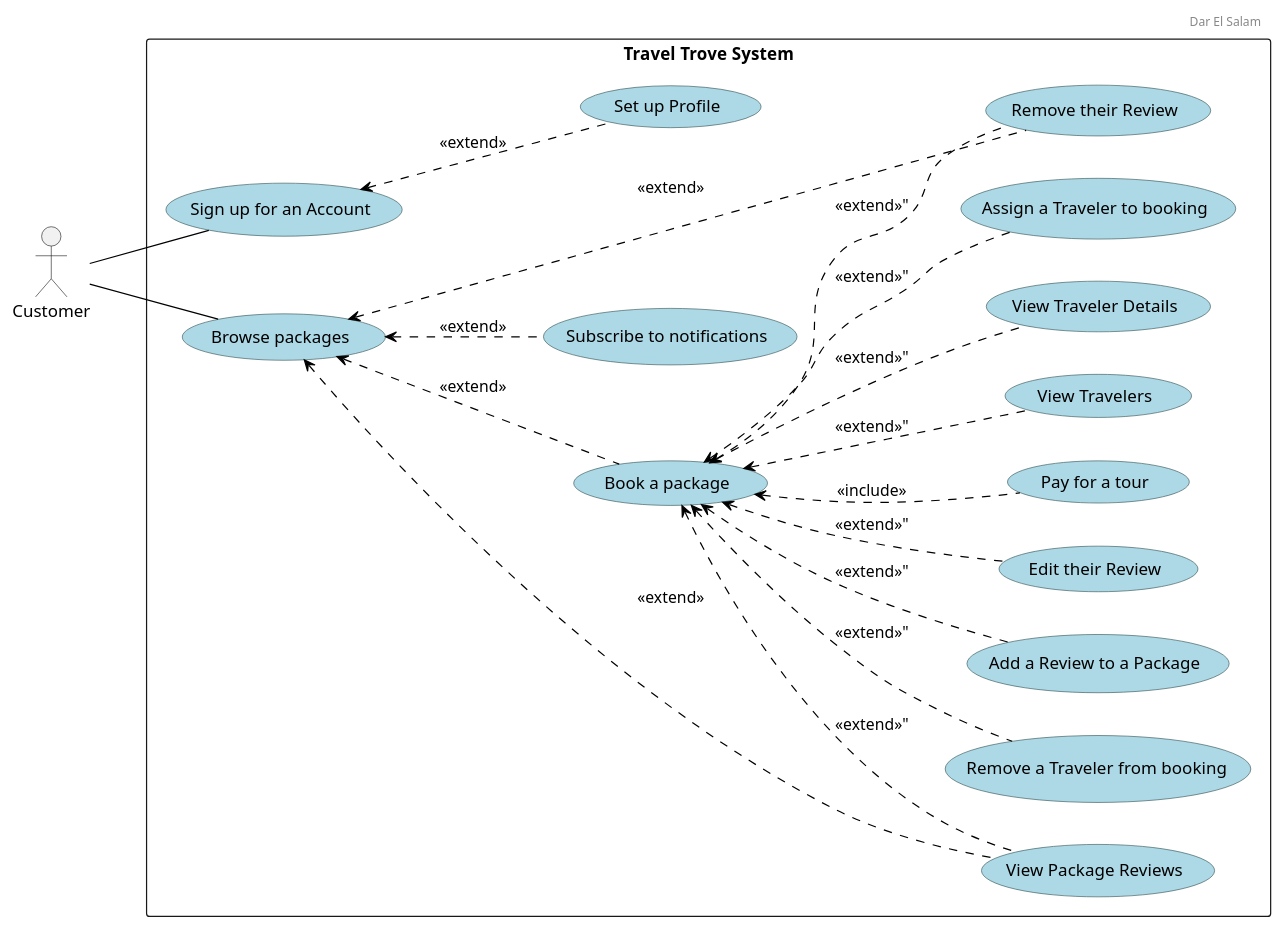
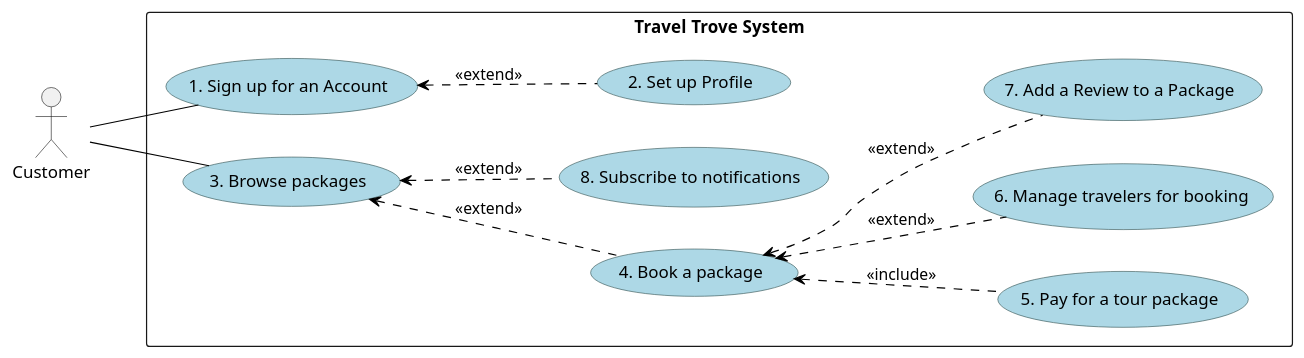
The diagram in diagrams/FinalVersionDocuments/UseCases/FullUseCases/Customer/FullUsecaseCustomer.puml (Hares-2088/TravelTrove), drawn with PlantUML before and after one commit. The commit also changed 2 other files, not shown here.

```diff
--- a/diagrams/FinalVersionDocuments/UseCases/FullUseCases/Customer/FullUsecaseCustomer.puml
+++ b/diagrams/FinalVersionDocuments/UseCases/FullUseCases/Customer/FullUsecaseCustomer.puml
@@ -1,88 +1,40 @@
 @startuml
 
 left to right direction
 
-' Add a header with left alignment
-header
-Dar El Salam
-endheader
-
-' Align the header text to the left
 skinparam headerAlignment left
 
-' Custom skin parameters for use cases
 skinparam usecase {
     BackgroundColor lightblue
     BorderColor DarkSlateGray
     ArrowColor Black
 }
 
 actor "Customer" as Customer
 
 rectangle "Travel Trove System" {
 
-    usecase "Sign up for an Account"
-    usecase "Set up Profile"
-'    usecase "View Account"
-'    usecase "Edit Account"
-'    usecase "View Profile"
-'    usecase "Modify Profile Information"
+    usecase "1. Sign up for an Account"
+    usecase "2. Set up Profile"
 
-    usecase "Browse packages"
-'    usecase "Filter search result"
-    usecase "Subscribe to notifications"
-
-    usecase "Book a package"
-    usecase "Pay for a tour"
-
-'    usecase "Cancel a tour"
-'    usecase "Request a refund"
-
-    usecase "View Travelers"
-    usecase "View Traveler Details"
-'    usecase "Add a Traveler"
-'    usecase "Edit a Traveler"
-    usecase "Assign a Traveler to booking"
-    usecase "Remove a Traveler from booking"
-
-'    usecase "Access their package bookings"
-
-    usecase "View Package Reviews"
-    usecase "Add a Review to a Package"
-    usecase "Edit their Review"
-    usecase "Remove their Review"
+    usecase "3. Browse packages"
+    usecase "4. Book a package"
+    usecase "5. Pay for a tour package"
+    usecase "6. Manage travelers for booking"
+    usecase "7. Add a Review to a Package"
+    usecase "8. Subscribe to notifications"
 }
 
-"Sign up for an Account" <.. "Set up Profile" : <<extend>>
-'"Sign up for an Account" <.. "View Account" : <<extend>>
-'"View Account" <.. "Edit Account" : <<extend>>
-"Browse packages" <.. "Book a package" : <<extend>>
-"Browse packages" <.. "Subscribe to notifications" : <<extend>>
-"Browse packages" <.. "View Package Reviews" : <<extend>>
-"Browse packages" <.. "Remove their Review" : <<extend>>
-'"Book a package" <.. "Filter search result" : <<extend>>
-"Book a package" <.. "Pay for a tour" : <<include>>
-'"Cancel a tour" <.. "Request a refund" : <<extend>>
-'"Sign up for an Account" <.. "View Profile" : <<extend>>
-'"View Profile" <.. "Modify Profile Information" : <<extend>>
-'"View Profile" <.. "Set up Profile" : <<extend>>
-'"Access their package bookings" <.. "View Travelers" : <<extend>>
-'"Access their package bookings" <.. "View Traveler Details" : <<extend>>
-'"Access their package bookings" <.. "Add a Traveler" : <<extend>>
-'"Access their package bookings" <.. "Edit a Traveler" : <<extend>>
-'"Access their package bookings" <.. "Remove a Traveler from booking" : <<extend>>
-"Book a package" <.. "View Travelers" : <<extend>>"
-"Book a package" <.. "View Traveler Details" : <<extend>>"
-"Book a package" <.. "Remove a Traveler from booking" : <<extend>>"
-"Book a package" <.. "Assign a Traveler to booking" : <<extend>>"
-"Book a package" <.. "View Package Reviews" : <<extend>>"
-"Book a package" <.. "Add a Review to a Package" : <<extend>>"
-"Book a package" <.. "Edit their Review" : <<extend>>"
-"Book a package" <.. "Remove their Review" : <<extend>>"
+"1. Sign up for an Account" <.. "2. Set up Profile" : <<extend>>
 
-Customer -- "Sign up for an Account"
-Customer -- "Browse packages"
-'Customer -- "Access their package bookings"
-'Customer -- "Cancel a tour"
+"3. Browse packages" <.. "4. Book a package" : <<extend>>
+"3. Browse packages" <.. "8. Subscribe to notifications" : <<extend>>
+
+"4. Book a package" <.. "5. Pay for a tour package" : <<include>>
+"4. Book a package" <.. "6. Manage travelers for booking" : <<extend>>
+"4. Book a package" <.. "7. Add a Review to a Package" : <<extend>>
+
+Customer -- "1. Sign up for an Account"
+Customer -- "3. Browse packages"
 
 @enduml
```
